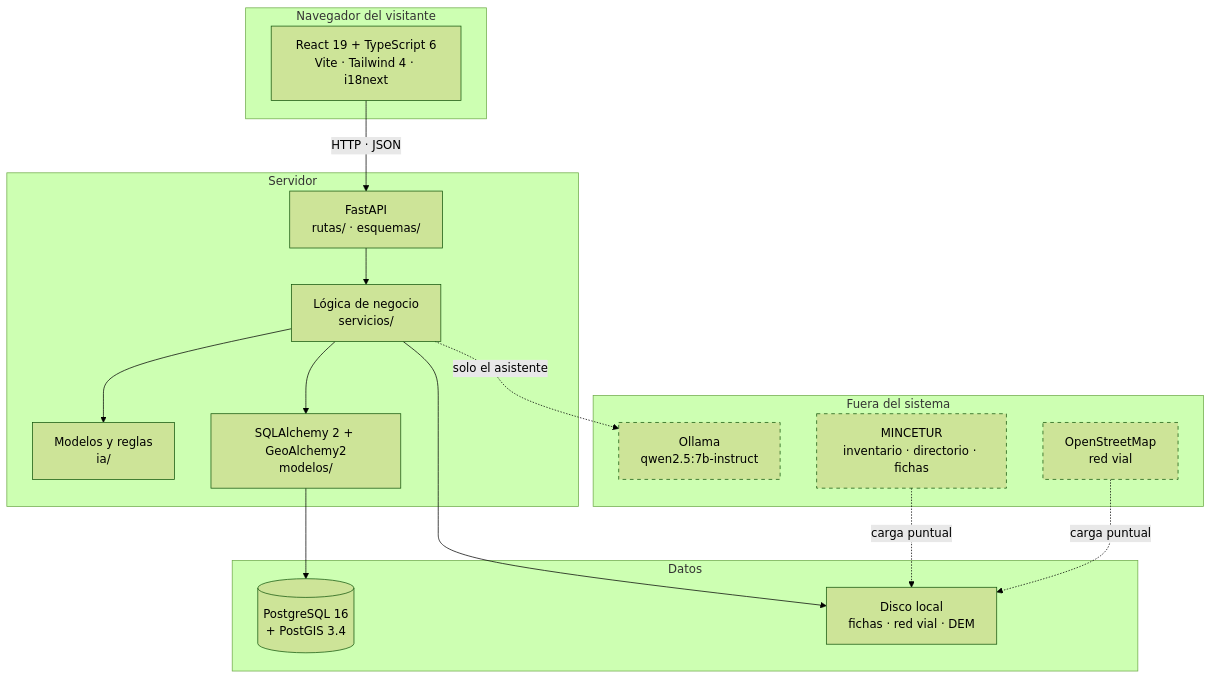
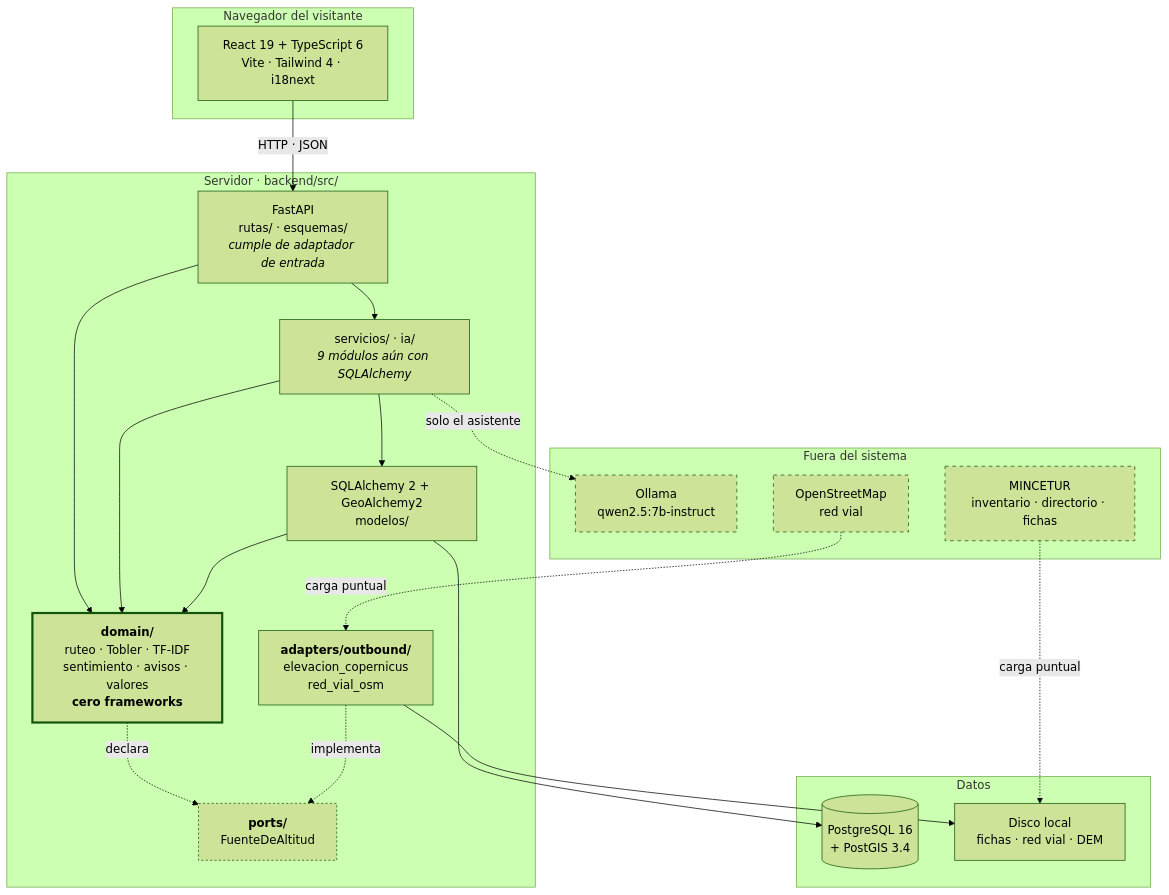
Before and after one commit to 75220834-cloud/PROYECTO-PROCESOS-DE-SOFTWARE-: the second of 3 diagrams in docs/referencia/02-arquitectura.md, drawn with Mermaid (forest theme). The commit also changed other lines of this file, not shown here.

Commit message:
docs(arquitectura): el diagrama de conjunto dibuja la estructura real
RFC 4. El hallazgo era que los diagramas estaban desactualizados frente al
codigo. Era cierto: la vista de conjunto seguia dibujando el servidor como
`rutas/ -> servicios/ -> modelos/`, que es la estructura ANTERIOR a la
migracion hexagonal del 8 de noviembre. Quien leia el diagrama veia un
sistema que ya no existe.

El diagrama ahora muestra:

- `domain/` con borde grueso y la marca de cero frameworks.
- `ports/` con las dos flechas punteadas que son la inversion de
  dependencias: el dominio DECLARA el puerto, el adaptador lo IMPLEMENTA.
- `adapters/outbound/` conectado al disco y a OpenStreetMap, que es por
  donde entra de verdad el mundo exterior.
- `servicios/`, `ia/` y `modelos/` como lo que son hoy: capas que todavia
  no se migraron, con los 9 modulos que siguen importando SQLAlchemy.

Debajo va una nota que explica como leerlo, porque un diagrama de
dependencias no se interpreta solo: lo que importa es que TODAS las flechas
que tocan el dominio apuntan hacia el.

````diff
--- a/docs/referencia/02-arquitectura.md
+++ b/docs/referencia/02-arquitectura.md
@@ -73,38 +73,46 @@
 ```mermaid
 graph TB
     subgraph navegador["Navegador del visitante"]
         UI["React 19 + TypeScript 6<br/>Vite · Tailwind 4 · i18next"]
     end
 
-    subgraph servidor["Servidor"]
-        API["FastAPI<br/>rutas/ · esquemas/"]
-        SRV["Lógica de negocio<br/>servicios/"]
-        IA["Modelos y reglas<br/>ia/"]
+    subgraph servidor["Servidor · backend/src/"]
+        API["FastAPI<br/>rutas/ · esquemas/<br/><i>cumple de adaptador de entrada</i>"]
+        SRV["servicios/ · ia/<br/><i>9 módulos aún con SQLAlchemy</i>"]
+        DOM["<b>domain/</b><br/>ruteo · Tobler · TF-IDF<br/>sentimiento · avisos · valores<br/><b>cero frameworks</b>"]
+        PORT["<b>ports/</b><br/>FuenteDeAltitud"]
+        ADA["<b>adapters/outbound/</b><br/>elevacion_copernicus<br/>red_vial_osm"]
         ORM["SQLAlchemy 2 + GeoAlchemy2<br/>modelos/"]
     end
 
     subgraph datos["Datos"]
         BD[("PostgreSQL 16<br/>+ PostGIS 3.4")]
         DISCO["Disco local<br/>fichas · red vial · DEM"]
     end
 
     subgraph externo["Fuera del sistema"]
         OLLAMA["Ollama<br/>qwen2.5:7b-instruct"]
         MINCETUR["MINCETUR<br/>inventario · directorio · fichas"]
         OSM["OpenStreetMap<br/>red vial"]
     end
 
     UI -->|"HTTP · JSON"| API
     API --> SRV
-    SRV --> IA
+    API --> DOM
+    SRV --> DOM
     SRV --> ORM
     ORM --> BD
+    ORM --> DOM
+    DOM -.->|"declara"| PORT
+    ADA -.->|"implementa"| PORT
+    ADA --> DISCO
     SRV -.->|"solo el asistente"| OLLAMA
-    SRV --> DISCO
     MINCETUR -.->|"carga puntual"| DISCO
-    OSM -.->|"carga puntual"| DISCO
+    OSM -.->|"carga puntual"| ADA
 
+    style DOM stroke-width:3px
+    style PORT stroke-dasharray: 3 3
     style OLLAMA stroke-dasharray: 5 5
     style MINCETUR stroke-dasharray: 5 5
     style OSM stroke-dasharray: 5 5
 ```
````
